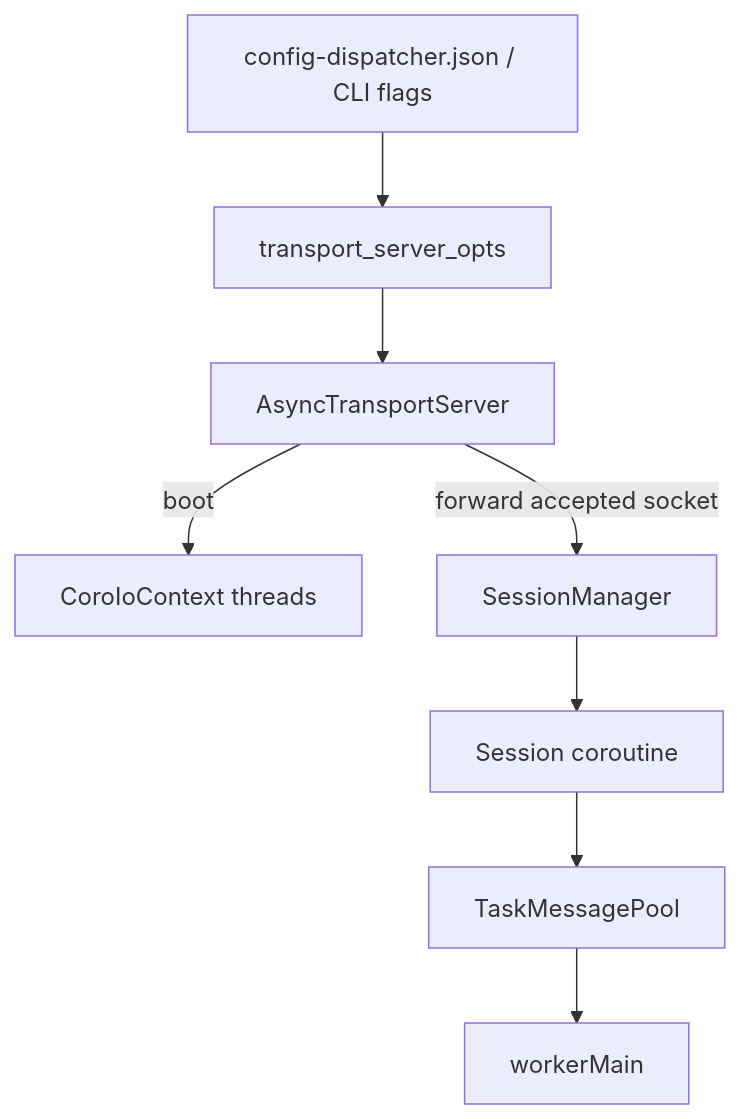
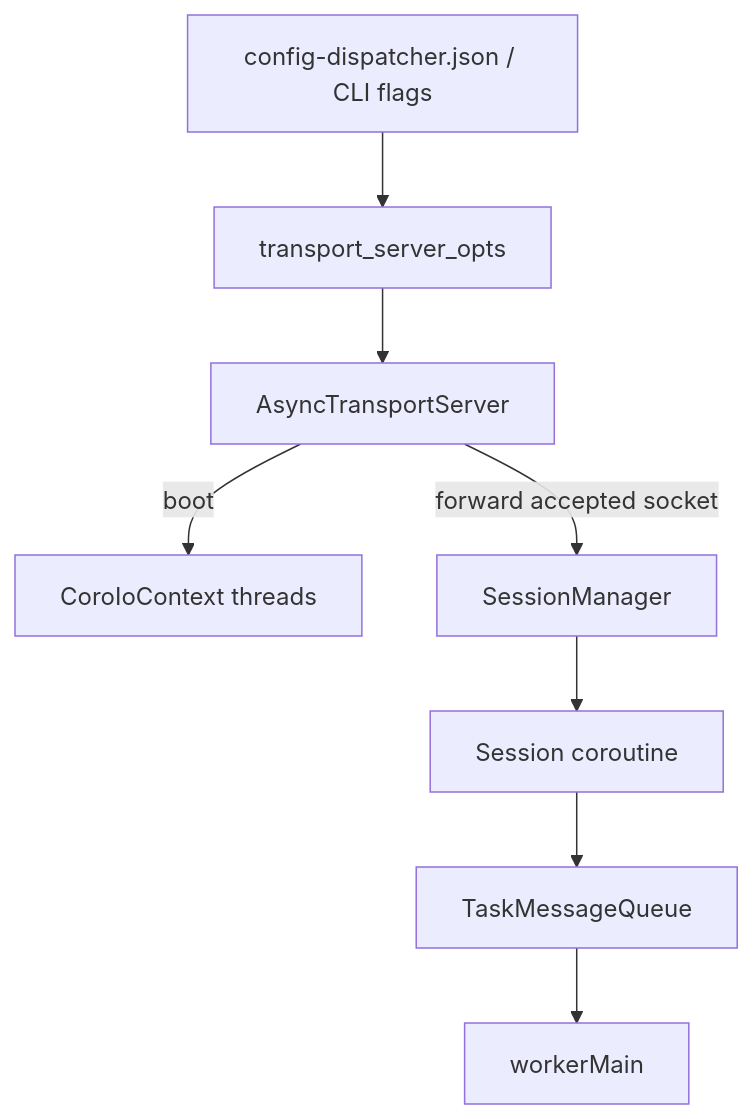
The first of 2 diagrams in dispatcher/transport/README.md (ilya-yusim/task-messenger), drawn with Mermaid before and after one commit. The commit also changed 24 other files, not shown here.

First line of the commit message:
Refactor TaskMessagePool to TaskMessageQueue across the dispatcher and messaging modules

````diff
--- a/dispatcher/transport/README.md
+++ b/dispatcher/transport/README.md
@@ -14,10 +14,10 @@
 ```mermaid
 graph TD
     Config[config-dispatcher.json / CLI flags] --> Opts[transport_server_opts]
     Opts --> Server[AsyncTransportServer]
     Server -->|boot| IoThreads[CoroIoContext threads]
     Server -->|forward accepted socket| SessMgr[SessionManager]
     SessMgr --> Session[Session coroutine]
-    Session --> Pool[TaskMessagePool]
+    Session --> Pool[TaskMessageQueue]
     Pool --> Worker[workerMain]
 ```
````
